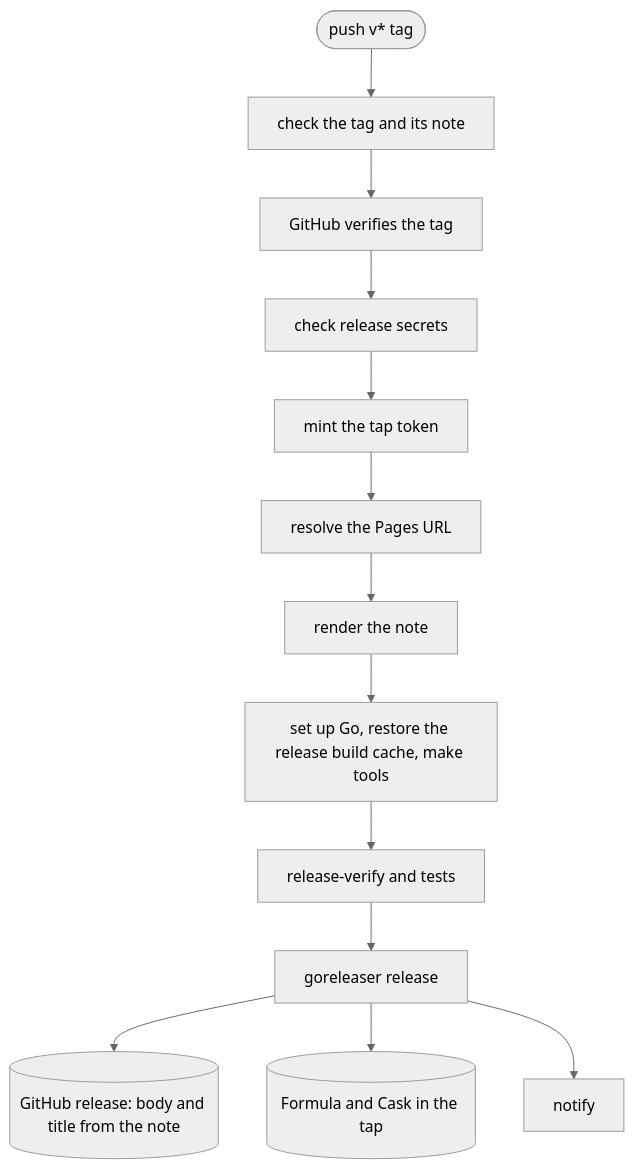
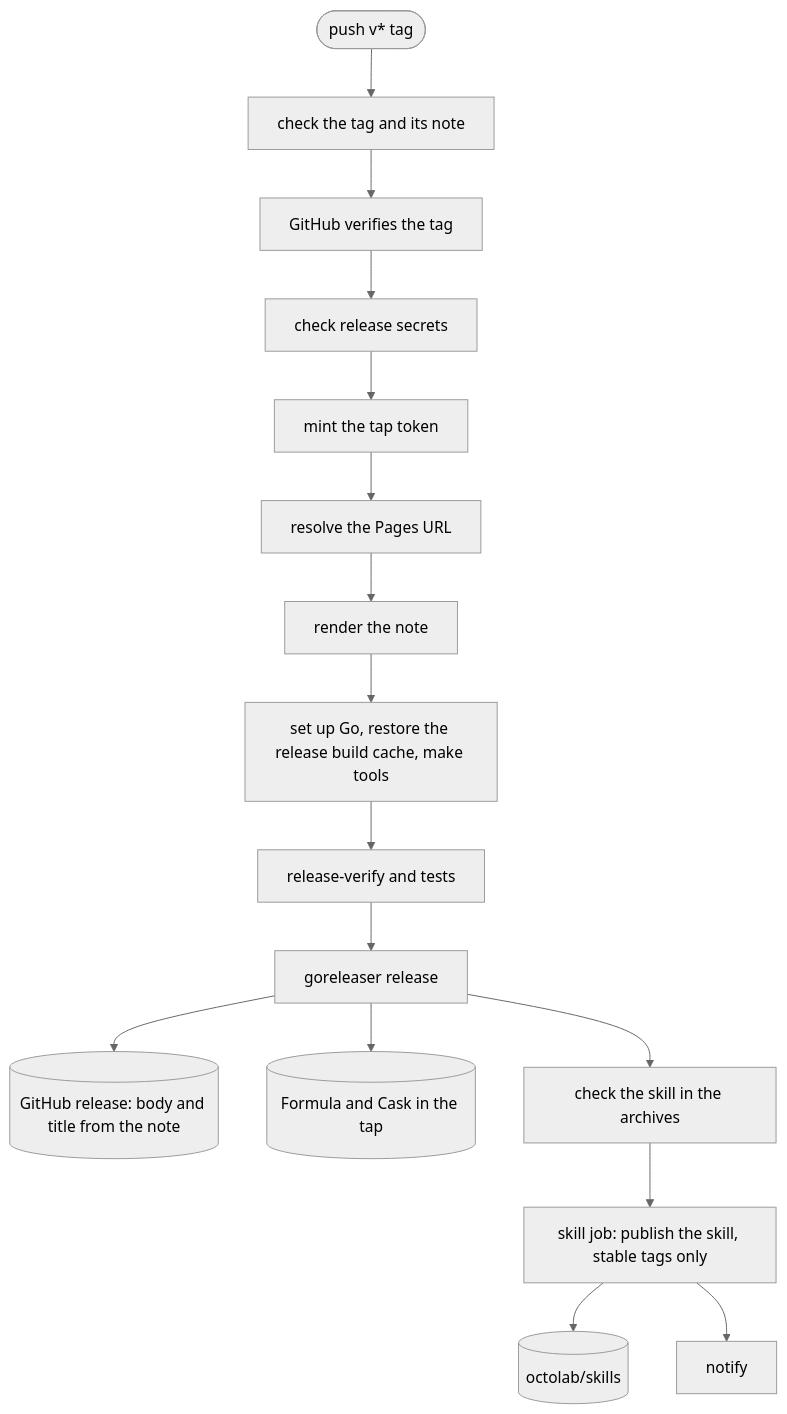
Before and after one commit to octomation/maintainer: the third of 10 diagrams in .github/workflows/README.md, drawn with Mermaid (neutral theme). The commit also changed other lines of this file and 43 other files, not shown here.

Commit message:
feat(skill): ship the maintainer agent skill inside the binary and publish it to octolab/skills

````diff
--- a/.github/workflows/README.md
+++ b/.github/workflows/README.md
@@ -104,8 +110,10 @@
 ```mermaid
 flowchart TB
   tag([push v* tag]) --> check[check the tag and its note] --> signature[GitHub verifies the tag] --> secrets[check release secrets] --> token[mint the tap token] --> pages[resolve the Pages URL] --> render[render the note]
   render --> go[set up Go, restore the release build cache, make tools] --> test[release-verify and tests] --> publish[goreleaser release]
   publish --> release[(GitHub release: body and title from the note)]
   publish --> tap[(Formula and Cask in the tap)]
-  publish --> notify[notify]
+  publish --> archives[check the skill in the archives]
+  archives --> skill[skill job: publish the skill, stable tags only] --> catalog[(octolab/skills)]
+  skill --> notify[notify]
 ```
````
